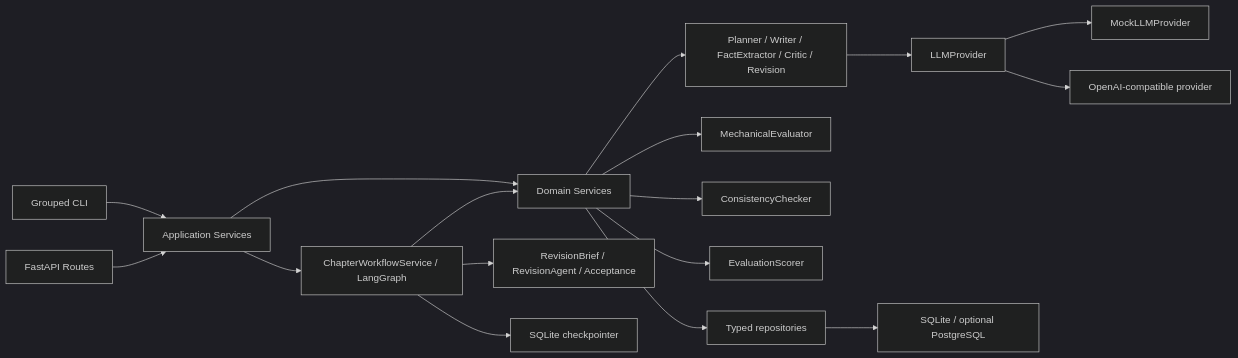
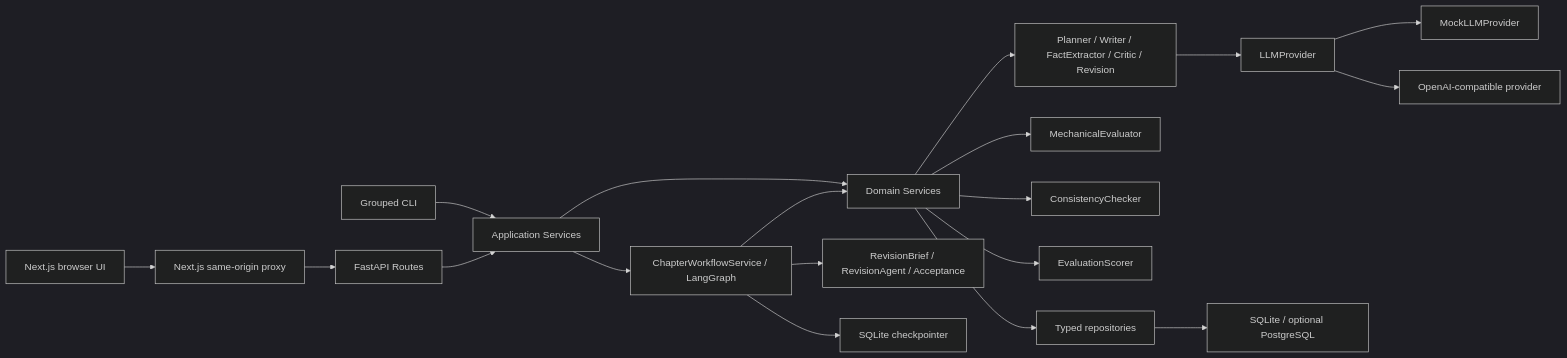
The diagram in docs/architecture.md (JiaoZiQ/StoryForge), drawn with Mermaid (dark theme) before and after one commit. The commit also changed other lines of this file and 106 other files, not shown here.

````diff
--- a/docs/architecture.md
+++ b/docs/architecture.md
@@ -5,19 +5,21 @@
 ```mermaid
 flowchart LR
+    Browser["Next.js browser UI"] --> Proxy["Next.js same-origin proxy"]
+    Proxy --> API
     CLI["Grouped CLI"] --> Application["Application Services"]
     API["FastAPI Routes"] --> Application
     Application --> Workflow["ChapterWorkflowService / LangGraph"]
     Application --> Services["Domain Services"]
     Workflow --> Services
     Workflow --> Revision["RevisionBrief / RevisionAgent / Acceptance"]
     Workflow --> Checkpoint["SQLite checkpointer"]
     Services --> Agents["Planner / Writer / FactExtractor / Critic / Revision"]
     Services --> Mechanical["MechanicalEvaluator"]
     Services --> Consistency["ConsistencyChecker"]
     Services --> Scorer["EvaluationScorer"]
     Services --> Repositories["Typed repositories"]
     Agents --> LLM["LLMProvider"]
     Repositories --> DB["SQLite / optional PostgreSQL"]
     LLM --> Mock["MockLLMProvider"]
     LLM --> Compatible["OpenAI-compatible provider"]
 ```
````
